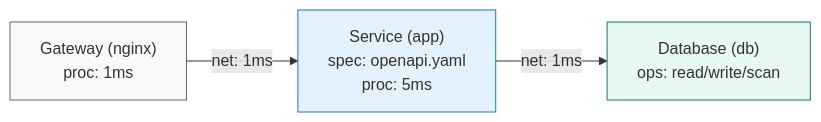
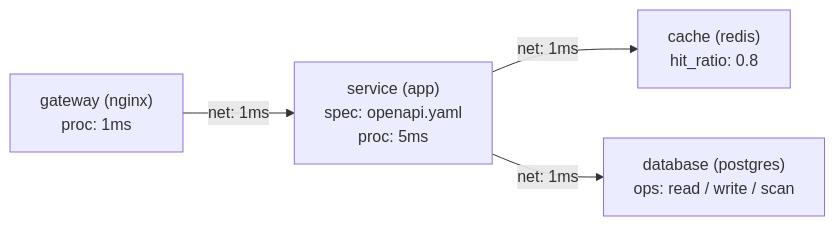
One commit to Naveen2070/kaanal changed the second of 8 diagrams in docs/source/architecture.md. Above: the diagram before and after it, drawn with Mermaid. The commit also changed other lines of this file and 6 other files, not shown here.

First line of the commit message:
docs: polish README, architecture guide, and theme banners

````diff
--- a/docs/source/architecture.md
+++ b/docs/source/architecture.md
@@ -67,9 +68,6 @@
 ```mermaid
 flowchart LR
-    GW["Gateway (nginx)<br/>proc: 1ms"] -->|net: 1ms| SVC["Service (app)<br/>spec: openapi.yaml<br/>proc: 5ms"]
-    SVC -->|net: 1ms| DB["Database (db)<br/>ops: read/write/scan"]
-
-    style GW fill:#f9f9f9,stroke:#666
-    style SVC fill:#e3f2fd,stroke:#1976d2
-    style DB fill:#e8f8f5,stroke:#117a65
+    GW["gateway (nginx)<br/>proc: 1ms"] -->|net: 1ms| SVC["service (app)<br/>spec: openapi.yaml<br/>proc: 5ms"]
+    SVC -->|net: 1ms| CACHE["cache (redis)<br/>hit_ratio: 0.8"]
+    SVC -->|net: 1ms| DB["database (postgres)<br/>ops: read / write / scan"]
 ```
````
